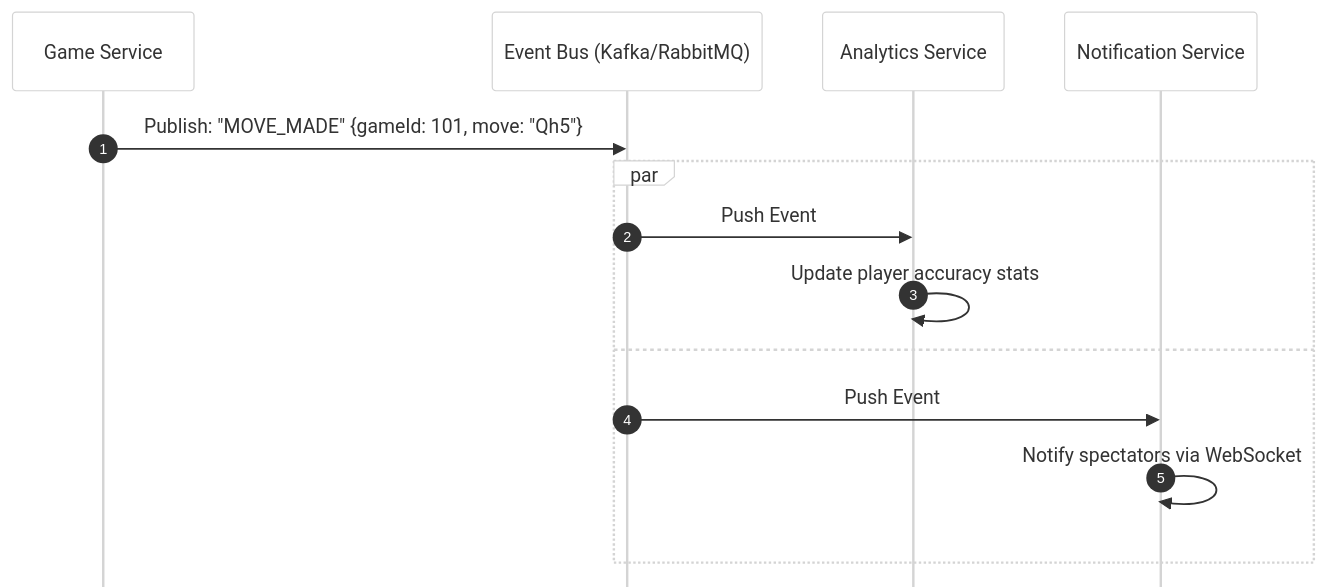
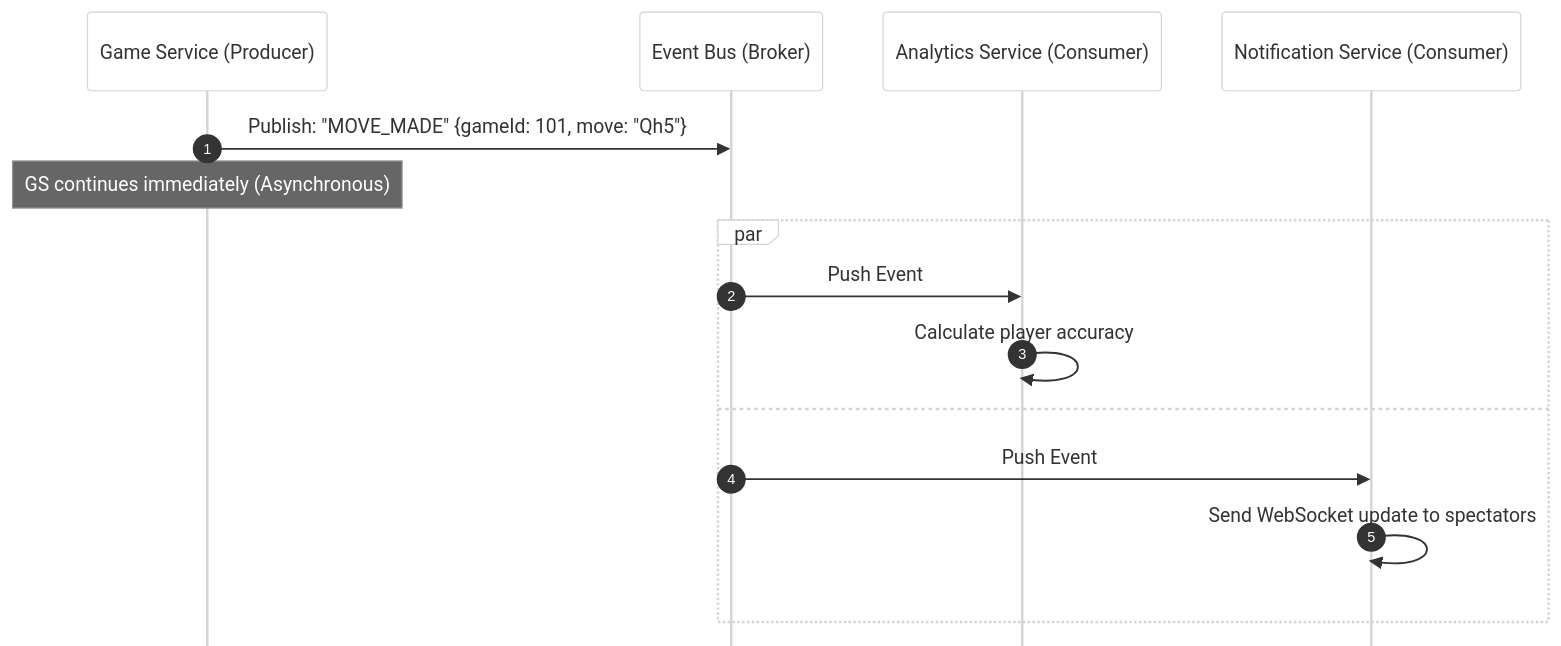
Before and after one commit to byucsstudent/cs240v2: the tenth of 14 diagrams in instruction/distributed-application-architectures/distributed-application-architectures.md, drawn with Mermaid. The commit also changed other lines of this file, not shown here.

Commit message:
Lee Jensen - update(Distributed Application Architectures)

````diff
--- a/instruction/distributed-application-architectures/distributed-application-architectures.md
+++ b/instruction/distributed-application-architectures/distributed-application-architectures.md
@@ -297,22 +311,24 @@
 ```mermaid
 %%{init: { 'theme': 'neutral', 'look': 'handDrawn',
   'sequence': { 
     'mirrorActors': false,
     'showSequenceNumbers': true
   }, 'themeVariables': { 'mainBkg': '#ffffff', 'lineColor': '#000000', 'primaryTextColor': '#000000' } }}%%
 
 sequenceDiagram
-    participant GS as Game Service
-    participant EB as Event Bus (Kafka/RabbitMQ)
-    participant AS as Analytics Service
-    participant NS as Notification Service
+    participant GS as Game Service (Producer)
+    participant EB as Event Bus (Broker)
+    participant AS as Analytics Service (Consumer)
+    participant NS as Notification Service (Consumer)
     
     GS->>EB: Publish: "MOVE_MADE" {gameId: 101, move: "Qh5"}
+    Note over GS: GS continues immediately (Asynchronous)
+    
     par
         EB->>AS: Push Event
-        AS->>AS: Update player accuracy stats
+        AS->>AS: Calculate player accuracy
     and
         EB->>NS: Push Event
-        NS->>NS: Notify spectators via WebSocket
+        NS->>NS: Send WebSocket update to spectators
     end
 ```
````
